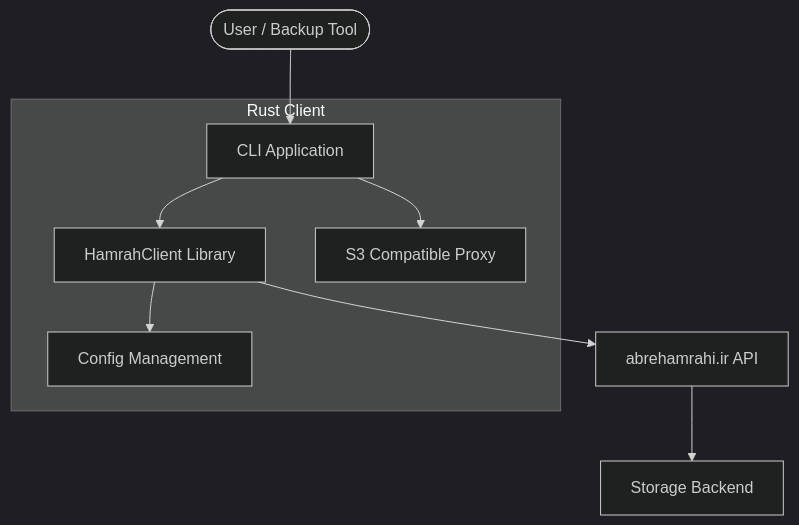
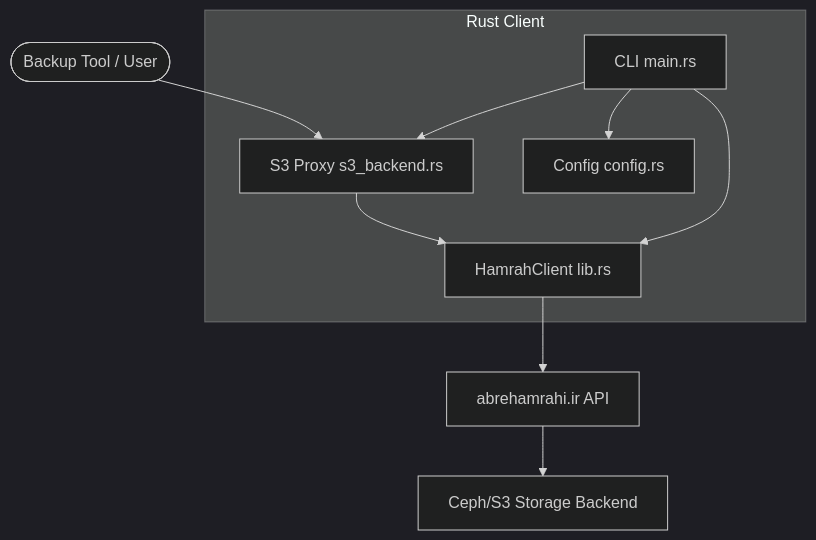
Before and after one commit to manawenuz/hamrah-storage: the first of 2 diagrams in docs/DESIGN_DOCUMENT.md, drawn with Mermaid (dark theme). The commit also changed other lines of this file and 3 other files, not shown here.

````diff
--- a/docs/DESIGN_DOCUMENT.md
+++ b/docs/DESIGN_DOCUMENT.md
@@ -9,17 +7,18 @@
 ```mermaid
 graph TD
-    User([User / Backup Tool]) --> CLI[CLI Application]
-    CLI --> Lib[HamrahClient Library]
+    User([Backup Tool / User]) --> S3Proxy[S3 Proxy s3_backend.rs]
+    S3Proxy --> Lib[HamrahClient lib.rs]
     Lib --> API[abrehamrahi.ir API]
-    API --> S3[Storage Backend]
-    
+    API --> Storage[Ceph/S3 Storage Backend]
+
     subgraph "Rust Client"
-    CLI
+    CLI[CLI main.rs]
+    S3Proxy
     Lib
-    Config[Config Management]
-    S3Proxy[S3 Compatible Proxy]
+    Config[Config config.rs]
     end
-    
-    Lib --> Config
+
     CLI --> S3Proxy
+    CLI --> Lib
+    CLI --> Config
 ```
````
